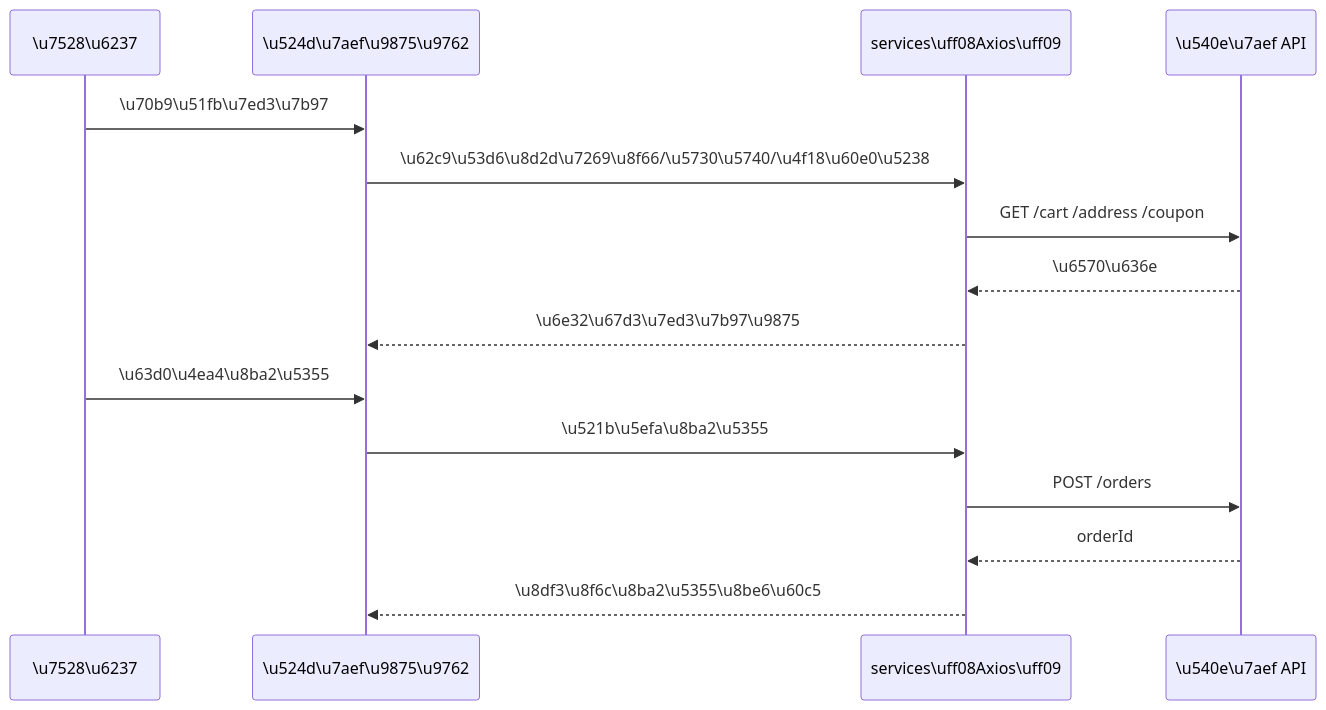
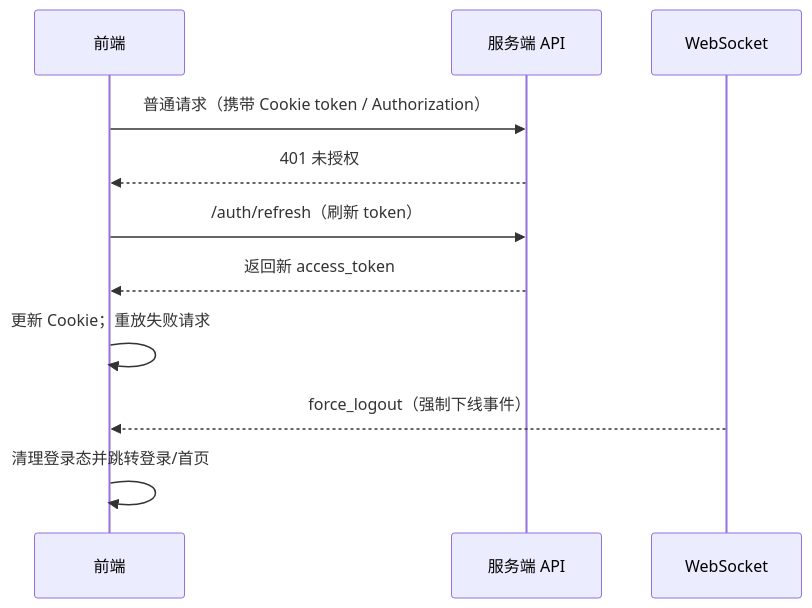
Before and after one commit to Anyeling0620/Lenono-Shop: the second of 2 diagrams in README.md, drawn with Mermaid. The commit also changed other lines of this file, not shown here.

````diff
--- a/README.md
+++ b/README.md
@@ -91,17 +128,13 @@
 ```mermaid
 sequenceDiagram
-  participant U as \u7528\u6237
-  participant UI as \u524d\u7aef\u9875\u9762
-  participant S as services\uff08Axios\uff09
-  participant API as \u540e\u7aef API
-  U->>UI: \u70b9\u51fb\u7ed3\u7b97
-  UI->>S: \u62c9\u53d6\u8d2d\u7269\u8f66/\u5730\u5740/\u4f18\u60e0\u5238
-  S->>API: GET /cart /address /coupon
-  API-->>S: \u6570\u636e
-  S-->>UI: \u6e32\u67d3\u7ed3\u7b97\u9875
-  U->>UI: \u63d0\u4ea4\u8ba2\u5355
-  UI->>S: \u521b\u5efa\u8ba2\u5355
-  S->>API: POST /orders
-  API-->>S: orderId
-  S-->>UI: \u8df3\u8f6c\u8ba2\u5355\u8be6\u60c5
+	participant UI as 前端
+	participant API as 服务端 API
+	participant WS as WebSocket
+	UI->>API: 普通请求（携带 Cookie token / Authorization）
+	API-->>UI: 401 未授权
+	UI->>API: /auth/refresh（刷新 token）
+	API-->>UI: 返回新 access_token
+	UI->>UI: 更新 Cookie；重放失败请求
+	WS-->>UI: force_logout（强制下线事件）
+	UI->>UI: 清理登录态并跳转登录/首页
 ```
````
